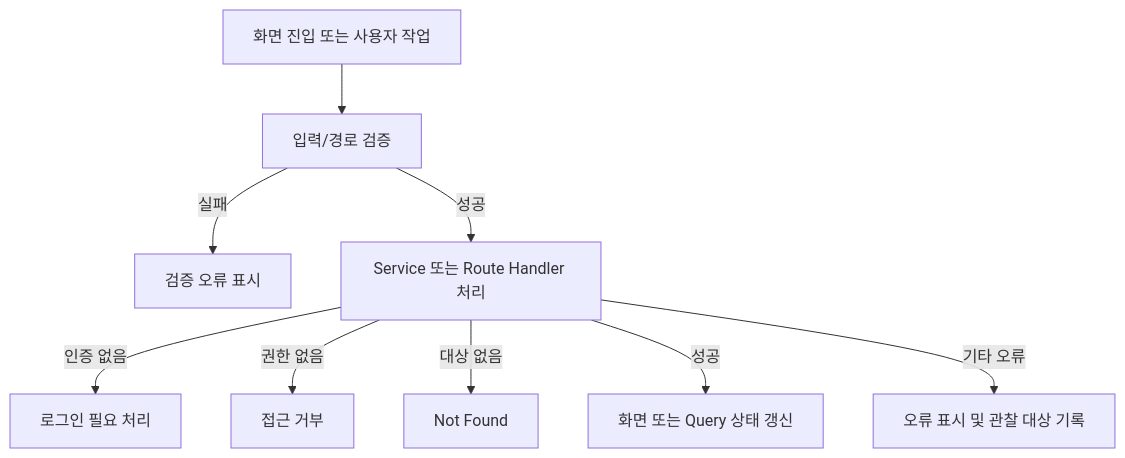
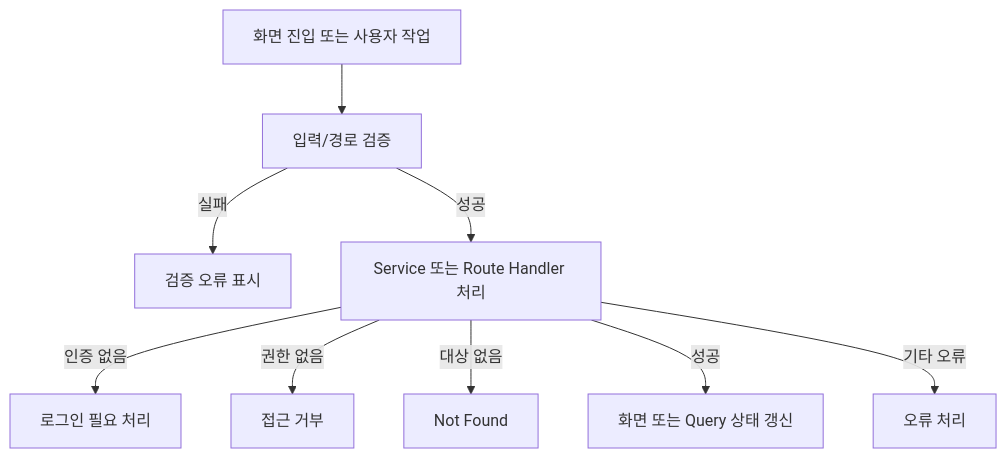
Before and after one commit to goldmayo/oioi-bwg: the diagram in docs/reverse-engineering/04-user-process-inventory.md, drawn with Mermaid. The commit also changed other lines of this file and 3 other files, not shown here.

````diff
--- a/docs/reverse-engineering/04-user-process-inventory.md
+++ b/docs/reverse-engineering/04-user-process-inventory.md
@@ -47,11 +54,11 @@
 ```mermaid
 flowchart TD
     ACTION[화면 진입 또는 사용자 작업] --> VALIDATE[입력/경로 검증]
     VALIDATE -- 실패 --> VALIDATION_ERROR[검증 오류 표시]
     VALIDATE -- 성공 --> SERVER[Service 또는 Route Handler 처리]
     SERVER -- 인증 없음 --> LOGIN_REQUIRED[로그인 필요 처리]
     SERVER -- 권한 없음 --> FORBIDDEN[접근 거부]
     SERVER -- 대상 없음 --> NOT_FOUND[Not Found]
     SERVER -- 성공 --> UPDATE[화면 또는 Query 상태 갱신]
-    SERVER -- 기타 오류 --> ERROR[오류 표시 및 관찰 대상 기록]
+    SERVER -- 기타 오류 --> ERROR[오류 처리]
 ```
````
